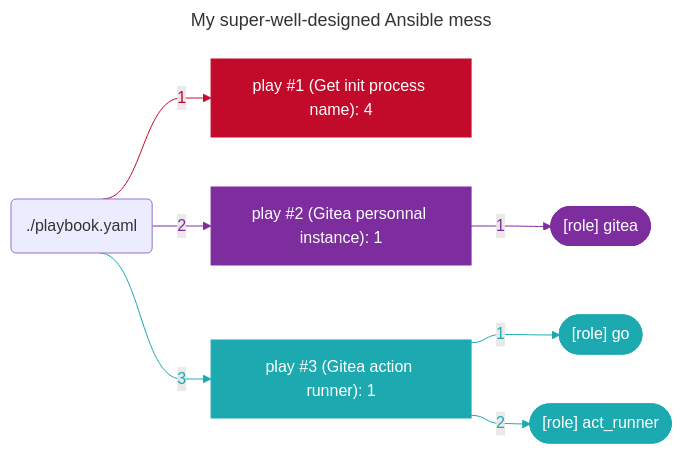
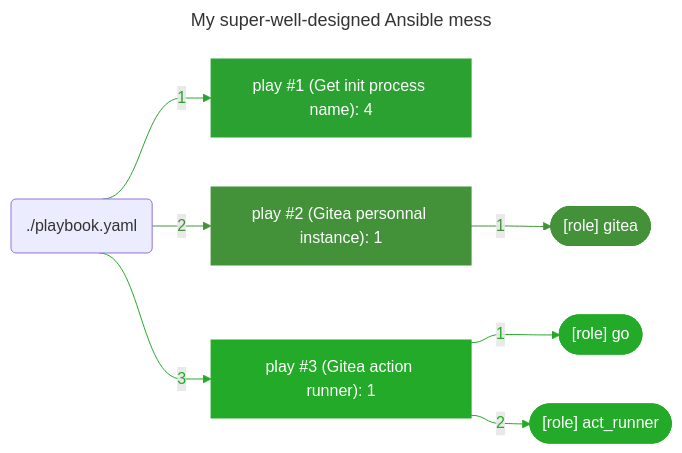
Before and after one commit to boyreau/boyreau: the diagram in README.md, drawn with Mermaid.

Commit message:
profile graph automatic update

````diff
--- a/README.md
+++ b/README.md
@@ -48,47 +48,47 @@
 ```mermaid
 ---
 title: "My super-well-designed Ansible mess"
 ---
 %%{ init: { "flowchart": { "curve": "bumpX" } } }%%
 flowchart LR
 	%% Start of the playbook './playbook.yaml'
-	playbook_fb7ee37c("./playbook.yaml")
+	playbook_46c6d4d9("./playbook.yaml")
 		%% Start of the play 'play #1 (Get init process name): 4'
-		play_1290e5c2["play #1 (Get init process name): 4"]
-		style play_1290e5c2 stroke:#c20a2a,fill:#c20a2a,color:#ffffff
-		playbook_fb7ee37c --> |"1"| play_1290e5c2
-		linkStyle 0 stroke:#c20a2a,color:#c20a2a
+		play_1eb6c2ff["play #1 (Get init process name): 4"]
+		style play_1eb6c2ff stroke:#2ba131,fill:#2ba131,color:#ffffff
+		playbook_46c6d4d9 --> |"1"| play_1eb6c2ff
+		linkStyle 0 stroke:#2ba131,color:#2ba131
 		%% End of the play 'play #1 (Get init process name): 4'
 		%% Start of the play 'play #2 (Gitea personnal instance): 1'
-		play_3d0f3d7e["play #2 (Gitea personnal instance): 1"]
-		style play_3d0f3d7e stroke:#7e2d9f,fill:#7e2d9f,color:#ffffff
-		playbook_fb7ee37c --> |"2"| play_3d0f3d7e
-		linkStyle 1 stroke:#7e2d9f,color:#7e2d9f
+		play_5021d4b1["play #2 (Gitea personnal instance): 1"]
+		style play_5021d4b1 stroke:#43923a,fill:#43923a,color:#ffffff
+		playbook_46c6d4d9 --> |"2"| play_5021d4b1
+		linkStyle 1 stroke:#43923a,color:#43923a
 			%% Start of the role '[role] gitea'
-			play_3d0f3d7e --> |"1 "| role_404d8218
-			linkStyle 2 stroke:#7e2d9f,color:#7e2d9f
-			role_404d8218(["[role] gitea"])
-			style role_404d8218 fill:#7e2d9f,color:#ffffff,stroke:#7e2d9f
+			play_5021d4b1 --> |"1 "| role_f388aca4
+			linkStyle 2 stroke:#43923a,color:#43923a
+			role_f388aca4(["[role] gitea"])
+			style role_f388aca4 fill:#43923a,color:#ffffff,stroke:#43923a
 			%% End of the role '[role] gitea'
 		%% End of the play 'play #2 (Gitea personnal instance): 1'
 		%% Start of the play 'play #3 (Gitea action runner): 1'
-		play_3bc02ffb["play #3 (Gitea action runner): 1"]
-		style play_3bc02ffb stroke:#1ca9b0,fill:#1ca9b0,color:#ffffff
-		playbook_fb7ee37c --> |"3"| play_3bc02ffb
-		linkStyle 3 stroke:#1ca9b0,color:#1ca9b0
+		play_da759632["play #3 (Gitea action runner): 1"]
+		style play_da759632 stroke:#22aa28,fill:#22aa28,color:#ffffff
+		playbook_46c6d4d9 --> |"3"| play_da759632
+		linkStyle 3 stroke:#22aa28,color:#22aa28
 			%% Start of the role '[role] go'
-			play_3bc02ffb --> |"1 "| role_afcea1f4
-			linkStyle 4 stroke:#1ca9b0,color:#1ca9b0
-			role_afcea1f4(["[role] go"])
-			style role_afcea1f4 fill:#1ca9b0,color:#ffffff,stroke:#1ca9b0
+			play_da759632 --> |"1 "| role_91a6f8be
+			linkStyle 4 stroke:#22aa28,color:#22aa28
+			role_91a6f8be(["[role] go"])
+			style role_91a6f8be fill:#22aa28,color:#ffffff,stroke:#22aa28
 			%% End of the role '[role] go'
 			%% Start of the role '[role] act_runner'
-			play_3bc02ffb --> |"2 "| role_2dd85980
-			linkStyle 5 stroke:#1ca9b0,color:#1ca9b0
-			role_2dd85980(["[role] act_runner"])
-			style role_2dd85980 fill:#1ca9b0,color:#ffffff,stroke:#1ca9b0
+			play_da759632 --> |"2 "| role_99b9d617
+			linkStyle 5 stroke:#22aa28,color:#22aa28
+			role_99b9d617(["[role] act_runner"])
+			style role_99b9d617 fill:#22aa28,color:#ffffff,stroke:#22aa28
 			%% End of the role '[role] act_runner'
 		%% End of the play 'play #3 (Gitea action runner): 1'
 	%% End of the playbook './playbook.yaml'
 
 ```
````
